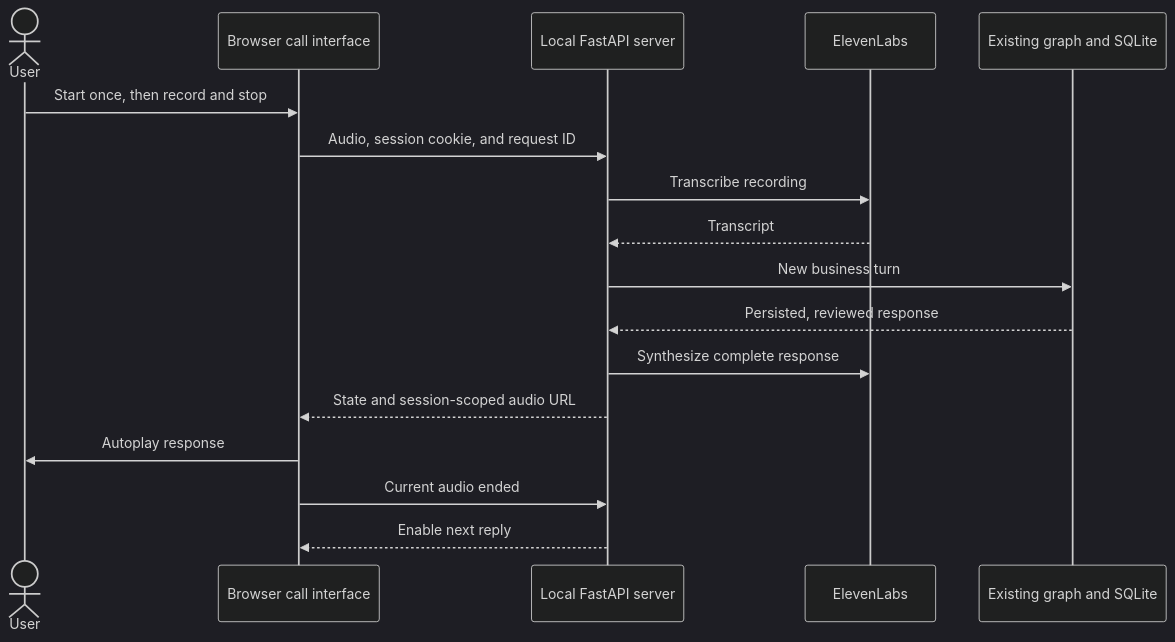
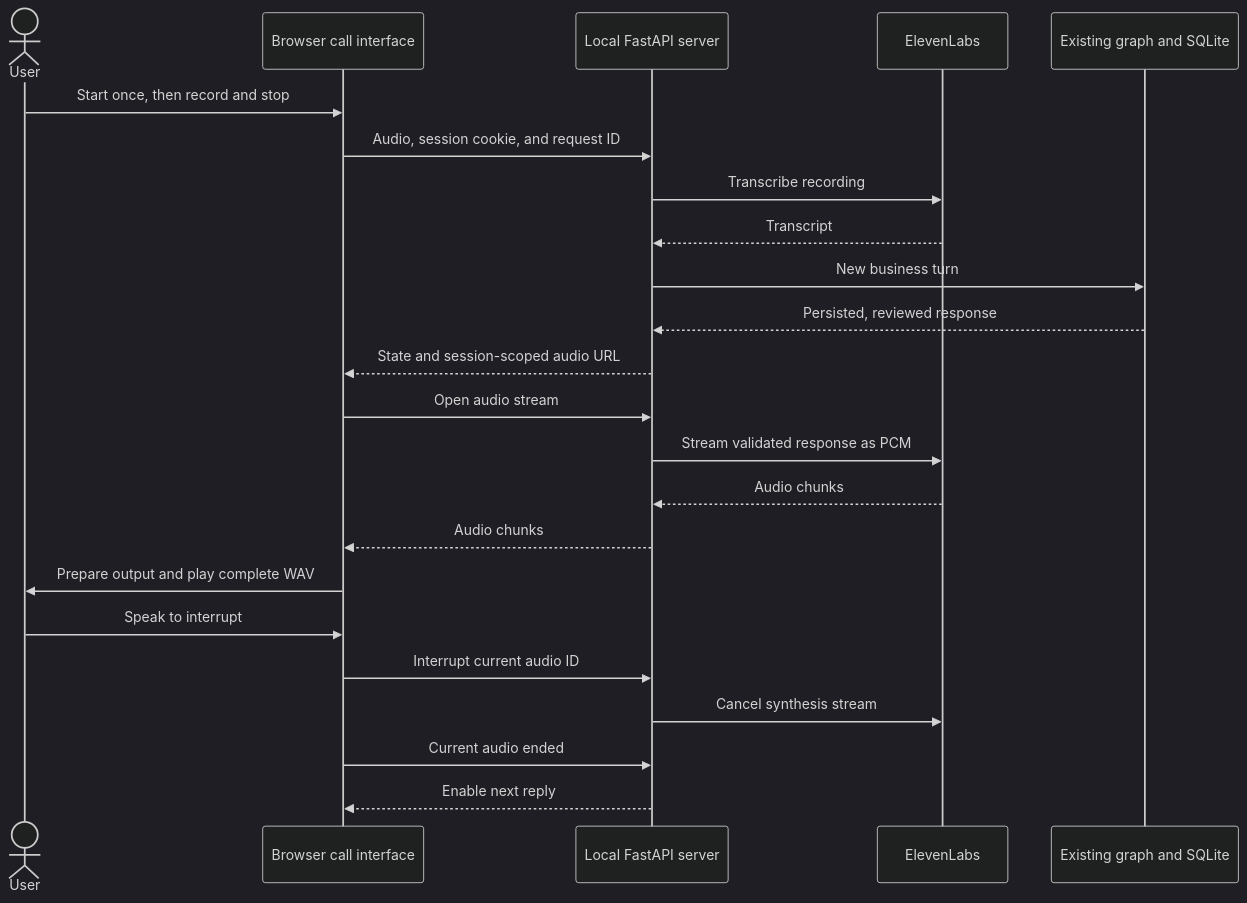
The diagram in apps/voice_simulator/README.md (sergiomorapardo/AgenticDebtCollection), drawn with Mermaid (dark theme) before and after one commit. The commit also changed other lines of this file and 11 other files, not shown here.

````diff
--- a/apps/voice_simulator/README.md
+++ b/apps/voice_simulator/README.md
@@ -9,19 +12,25 @@
 ```mermaid
 sequenceDiagram
     actor User
     participant UI as Browser call interface
     participant API as Local FastAPI server
     participant Speech as ElevenLabs
     participant Agent as Existing graph and SQLite
     User->>UI: Start once, then record and stop
     UI->>API: Audio, session cookie, and request ID
     API->>Speech: Transcribe recording
     Speech-->>API: Transcript
     API->>Agent: New business turn
     Agent-->>API: Persisted, reviewed response
-    API->>Speech: Synthesize complete response
     API-->>UI: State and session-scoped audio URL
-    UI->>User: Autoplay response
+    UI->>API: Open audio stream
+    API->>Speech: Stream validated response as PCM
+    Speech-->>API: Audio chunks
+    API-->>UI: Audio chunks
+    UI->>User: Prepare output and play complete WAV
+    User->>UI: Speak to interrupt
+    UI->>API: Interrupt current audio ID
+    API->>Speech: Cancel synthesis stream
     UI->>API: Current audio ended
     API-->>UI: Enable next reply
 ```
````
